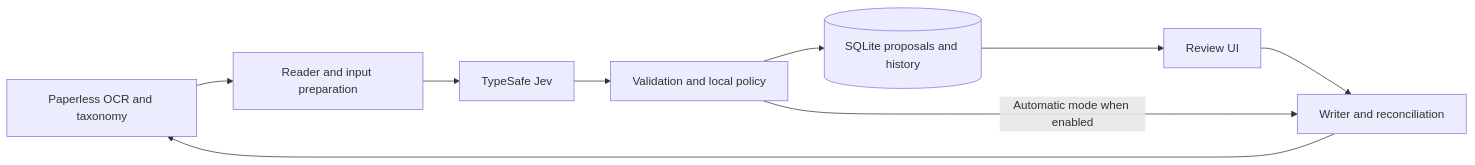
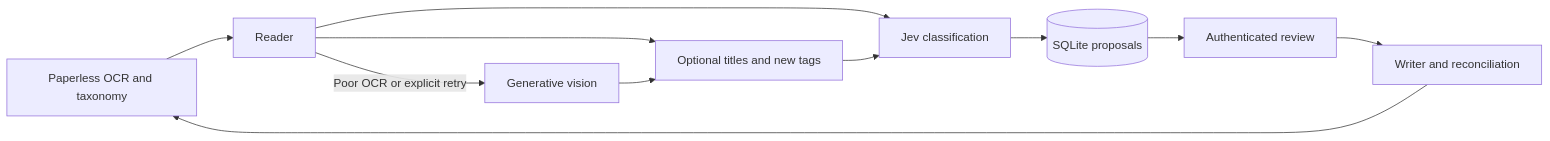
The diagram in docs/architecture.md (daltschu22/paperless-classifier), drawn with Mermaid before and after one commit. The commit also changed other lines of this file and 28 other files, not shown here.

````diff
--- a/docs/architecture.md
+++ b/docs/architecture.md
@@ -7,11 +3,13 @@
 ```mermaid
 flowchart LR
-    P[Paperless OCR and taxonomy] --> R[Reader and input preparation]
-    R --> J[TypeSafe Jev]
-    J --> V[Validation and local policy]
-    V --> S[(SQLite proposals and history)]
-    S --> U[Review UI]
+    P[Paperless OCR and taxonomy] --> R[Reader]
+    R -->|Poor OCR or explicit retry| V[Generative vision]
+    R --> G[Optional titles and new tags]
+    V --> G
+    R --> J[Jev classification]
+    G --> J
+    J --> S[(SQLite proposals)]
+    S --> U[Authenticated review]
     U --> W[Writer and reconciliation]
-    V -->|Automatic mode when enabled| W
     W --> P
 ```
````
